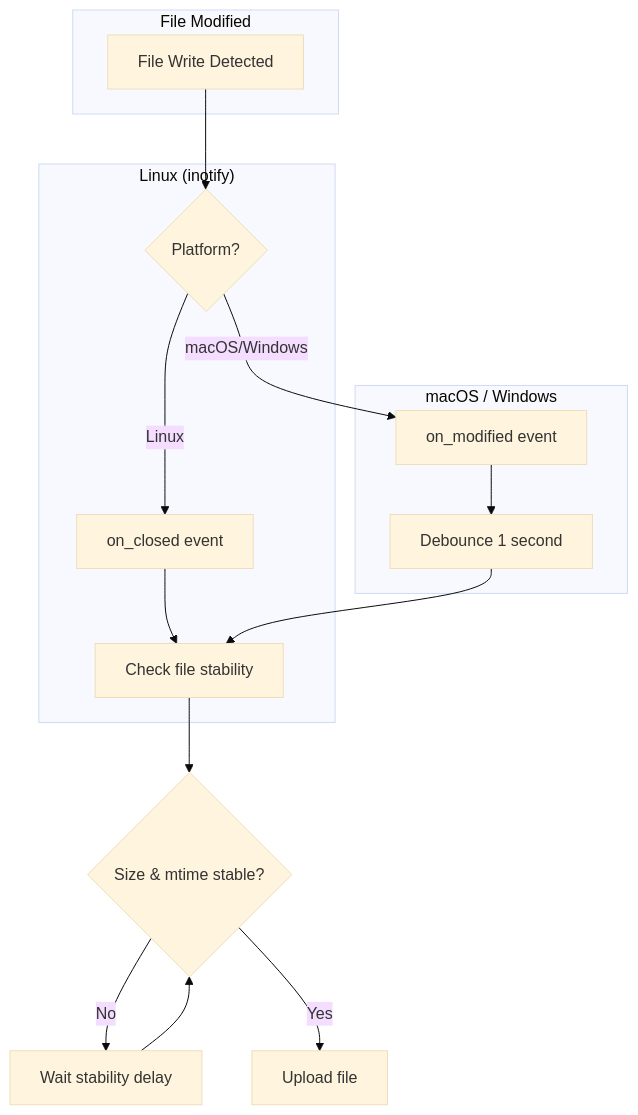
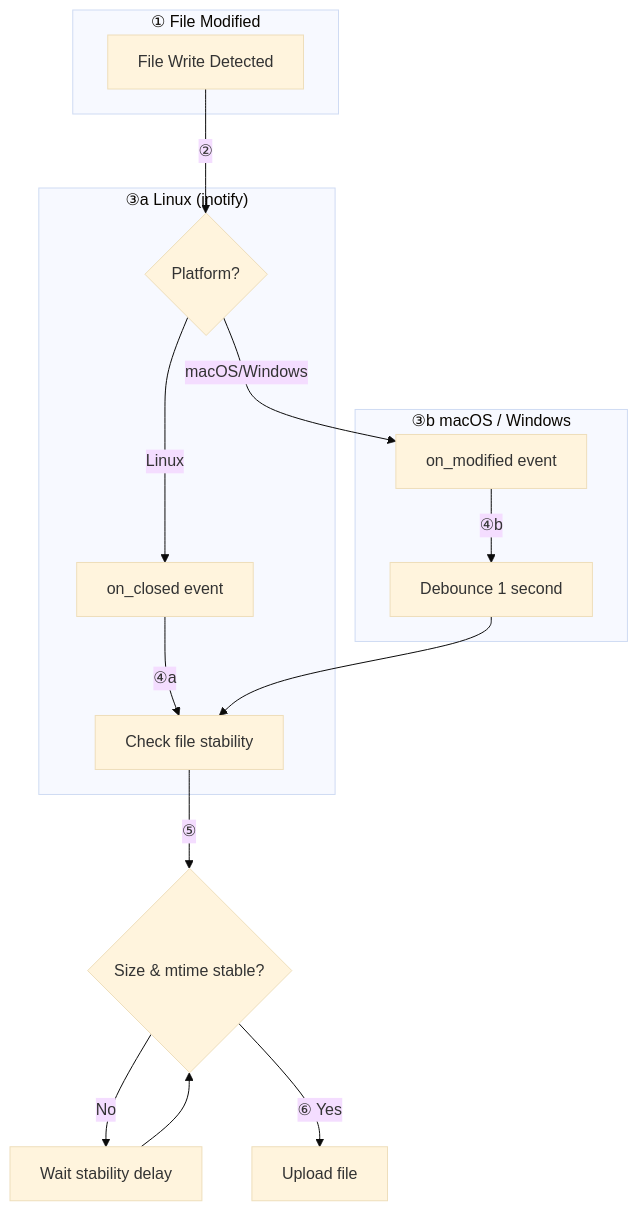
Before and after one commit to albertsdk/hsync-client: the sixth of 8 diagrams in docs/architecture.md, drawn with Mermaid (base theme). The commit also changed other lines of this file and 21 other files, not shown here.

First line of the commit message:
Add numbered phases to documentation diagrams

````diff
--- a/docs/architecture.md
+++ b/docs/architecture.md
@@ -213,24 +214,24 @@
 ```mermaid
 flowchart TD
-    subgraph "File Modified"
+    subgraph "① File Modified"
         FM[File Write Detected]
     end
 
-    FM --> P{Platform?}
+    FM -->|"②"| P{Platform?}
 
-    subgraph "Linux (inotify)"
-        P -->|Linux| OC[on_closed event]
-        OC --> STABLE[Check file stability]
+    subgraph "③a Linux (inotify)"
+        P -->|"Linux"| OC[on_closed event]
+        OC -->|"④a"| STABLE[Check file stability]
     end
 
-    subgraph "macOS / Windows"
-        P -->|macOS/Windows| OM[on_modified event]
-        OM --> DEBOUNCE[Debounce 1 second]
+    subgraph "③b macOS / Windows"
+        P -->|"macOS/Windows"| OM[on_modified event]
+        OM -->|"④b"| DEBOUNCE[Debounce 1 second]
         DEBOUNCE --> STABLE
     end
 
-    STABLE --> CHECK{Size & mtime stable?}
-    CHECK -->|No| WAIT[Wait stability delay]
+    STABLE -->|"⑤"| CHECK{Size & mtime stable?}
+    CHECK -->|"No"| WAIT[Wait stability delay]
     WAIT --> CHECK
-    CHECK -->|Yes| UPLOAD[Upload file]
+    CHECK -->|"⑥ Yes"| UPLOAD[Upload file]
 ```
````
